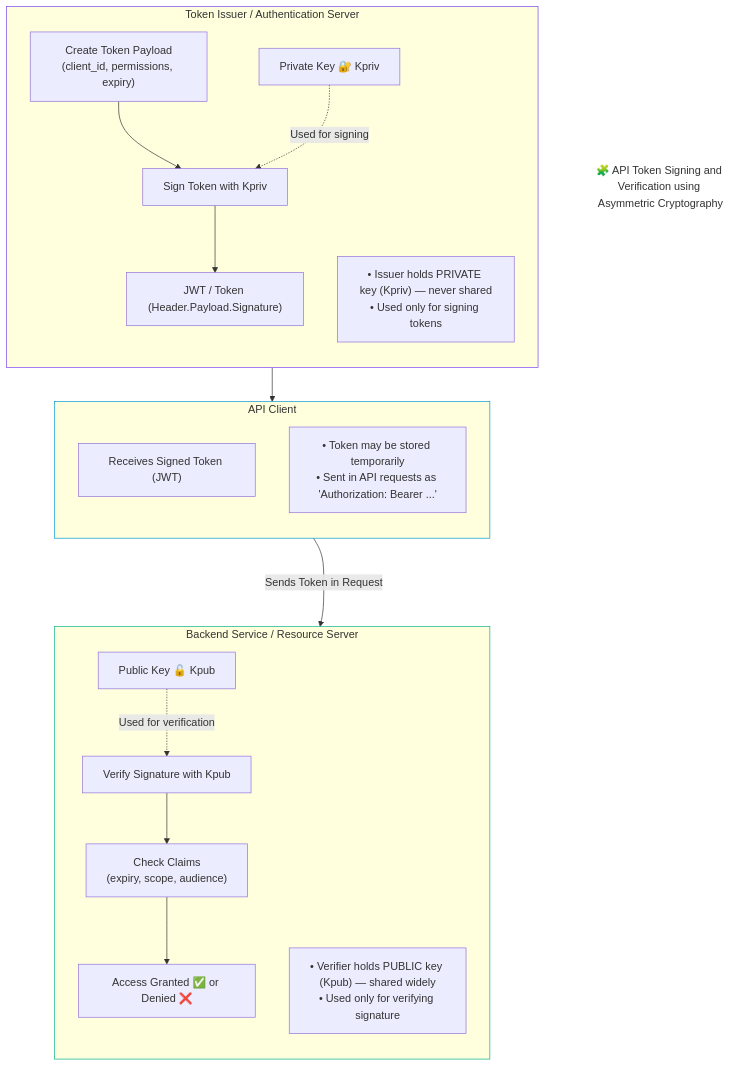
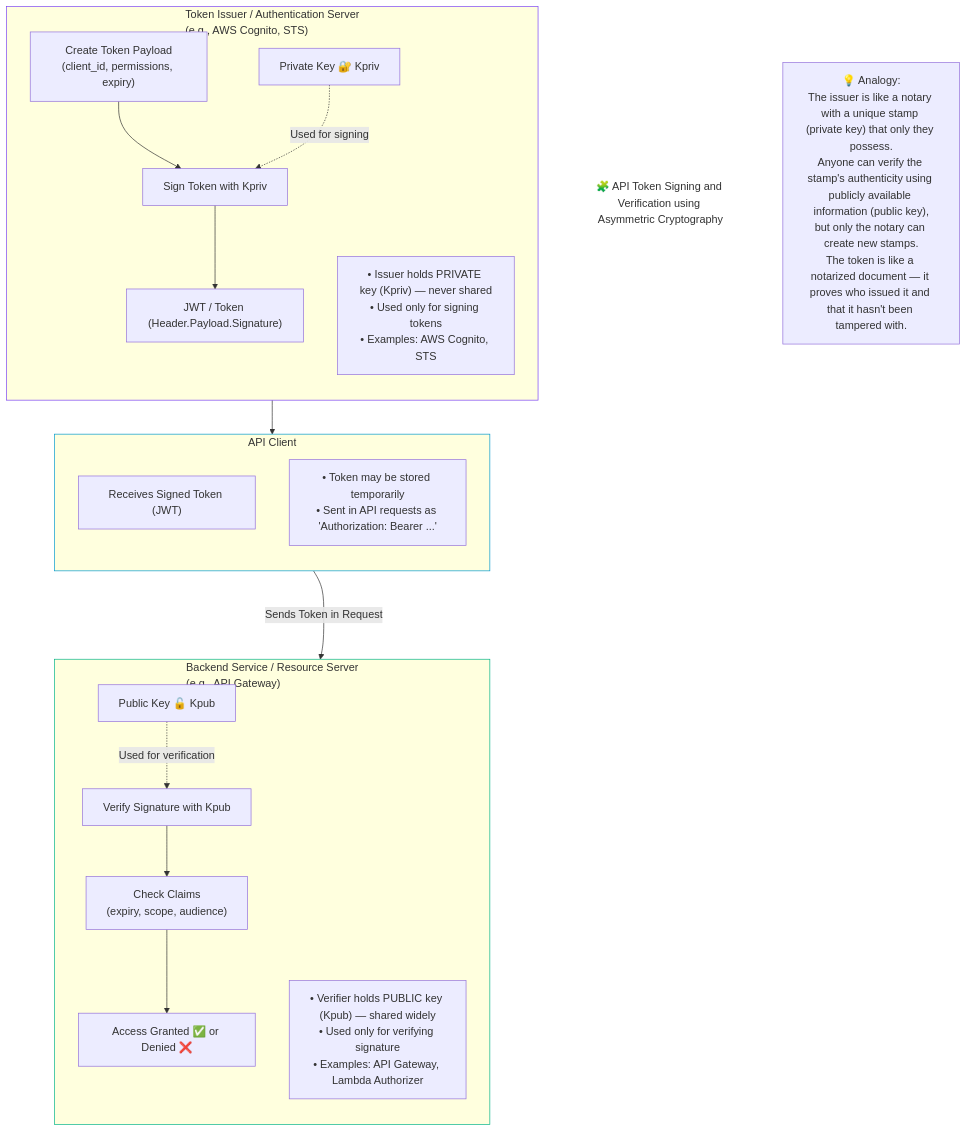
One commit to irahulsawhney/crypto-concepts changed the diagram in diagrams/02-API-token-signing-verification.mmd. Above: the diagram before and after it, drawn with Mermaid.

Commit message:
Add AWS service examples and notary analogy to token signing diagram

```diff
--- a/diagrams/02-API-token-signing-verification.mmd
+++ b/diagrams/02-API-token-signing-verification.mmd
@@ -1,42 +1,44 @@
 flowchart TB
     %% Title
     Title["🧩 API Token Signing and Verification using Asymmetric Cryptography"]
 
     %% Entities
-    subgraph Issuer["Token Issuer / Authentication Server"]
+    subgraph Issuer["Token Issuer / Authentication Server<br/>(e.g., AWS Cognito, STS)"]
         direction TB
         P["Private Key 🔐 Kpriv"]
         T1["Create Token Payload<br/>(client_id, permissions, expiry)"]
         T1 --> S1["Sign Token with Kpriv"]
         P -.->|Used for signing| S1
         S1 --> J["JWT / Token (Header.Payload.Signature)"]
-        INote["• Issuer holds PRIVATE key (Kpriv) — never shared<br/>• Used only for signing tokens"]
+        INote["• Issuer holds PRIVATE key (Kpriv) — never shared<br/>• Used only for signing tokens<br/>• Examples: AWS Cognito, STS"]
     end
 
     subgraph Consumer["API Client"]
         direction TB
         C1["Receives Signed Token (JWT)"]
         CNote["• Token may be stored temporarily<br/>• Sent in API requests as 'Authorization: Bearer ...'"]
     end
 
-    subgraph Verifier["Backend Service / Resource Server"]
+    subgraph Verifier["Backend Service / Resource Server<br/>(e.g., API Gateway)"]
         direction TB
         PU["Public Key 🔓 Kpub"]
         PU -.->|Used for verification| V1["Verify Signature with Kpub"]
         V1 --> V2["Check Claims<br/>(expiry, scope, audience)"]
         V2 --> A1["Access Granted ✅ or Denied ❌"]
-        VNote["• Verifier holds PUBLIC key (Kpub) — shared widely<br/>• Used only for verifying signature"]
+        VNote["• Verifier holds PUBLIC key (Kpub) — shared widely<br/>• Used only for verifying signature<br/>• Examples: API Gateway, Lambda Authorizer"]
     end
+
+    Analogy["💡 Analogy:<br/>The issuer is like a notary with a unique stamp (private key) that only they possess.<br/>Anyone can verify the stamp's authenticity using publicly available information (public key),<br/>but only the notary can create new stamps.<br/>The token is like a notarized document — it proves who issued it and that it hasn't been tampered with."]
 
     %% Data Flow
     J --> C1
     C1 ~~~ separator1[ ]
     separator1 ~~~ Verifier
     C1 -->|Sends Token in Request| V1
 
     %% Styling
     style Issuer stroke:#7a42f4,stroke-width:1px
     style Consumer stroke:#0099cc,stroke-width:1px
     style Verifier stroke:#00b386,stroke-width:1px
     style Title fill:none,stroke:none
     style separator1 fill:none,stroke:none
```
